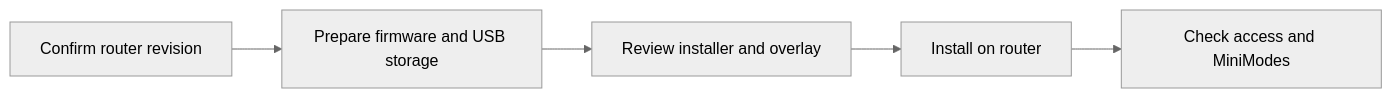
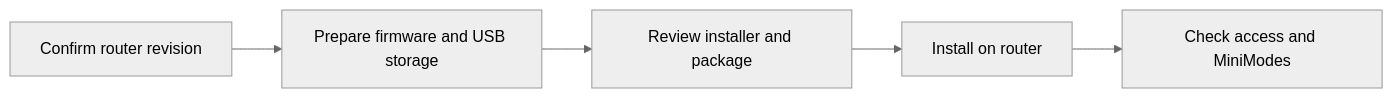
Before and after one commit to nicholasadamou/minipwner: the diagram in docs/getting-started.md, drawn with Mermaid (neutral theme). The commit also changed other lines of this file and 32 other files, not shown here.

````diff
--- a/docs/getting-started.md
+++ b/docs/getting-started.md
@@ -23,7 +33,7 @@
 ```mermaid
 flowchart LR
-  Hardware[Confirm router revision] --> Prepare[Prepare firmware and USB storage]
-  Prepare --> Review[Review installer and overlay]
-  Review --> Install[Install on router]
-  Install --> Check[Check access and MiniModes]
+    Hardware[Confirm router revision] --> Prepare[Prepare firmware and USB storage]
+    Prepare --> Review[Review installer and package]
+    Review --> Install[Install on router]
+    Install --> Check[Check access and MiniModes]
 ```
````
